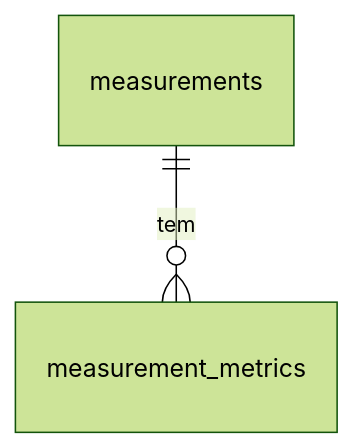
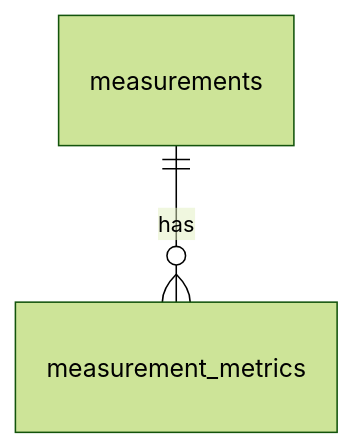
Diagram 13 of 17 in docs/schema.md (denysbp/Railtrace), drawn with Mermaid (forest theme) before and after one commit. The commit also changed other lines of this file and 64 other files, not shown here.

````diff
--- a/docs/schema.md
+++ b/docs/schema.md
@@ -372,4 +372,4 @@
 ```mermaid
 erDiagram
-    measurements ||--o{ measurement_metrics : "tem"
+    measurements ||--o{ measurement_metrics : "has"
 ```
````
